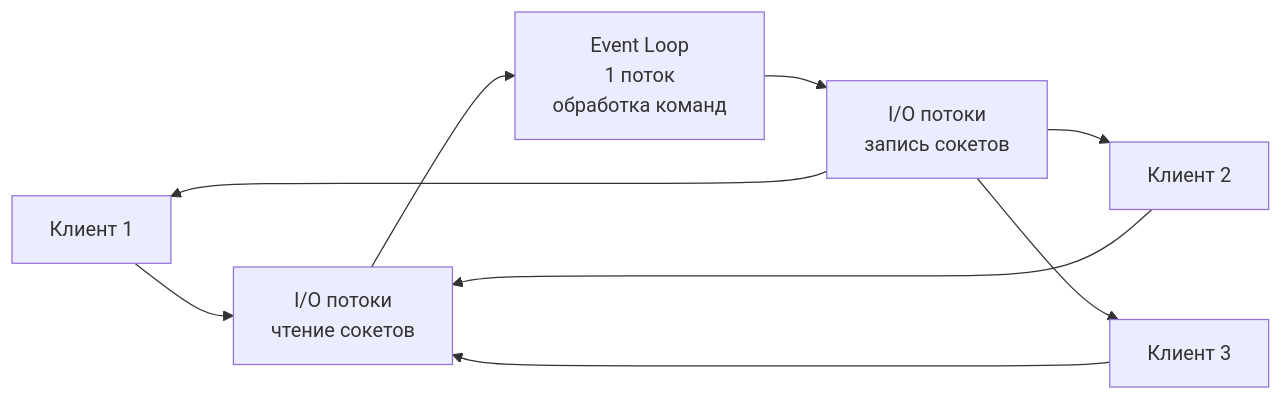
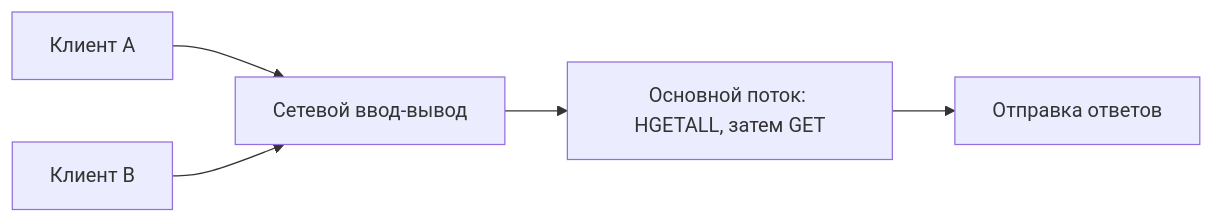
The third of 14 diagrams in cheatsheets/interview/databases/redis-interview.md (akeverus/cheat-sheet), drawn with Mermaid before and after one commit. The commit also changed other lines of this file and 154 other files, not shown here.

````diff
--- a/cheatsheets/interview/databases/redis-interview.md
+++ b/cheatsheets/interview/databases/redis-interview.md
@@ -242,11 +246,7 @@
 ```mermaid
 graph LR
-    C1[Клиент 1] --> IO[I/O потоки<br/>чтение сокетов]
-    C2[Клиент 2] --> IO
-    C3[Клиент 3] --> IO
-    IO --> EL[Event Loop<br/>1 поток<br/>обработка команд]
-    EL --> IO2[I/O потоки<br/>запись сокетов]
-    IO2 --> C1
-    IO2 --> C2
-    IO2 --> C3
+    A[Клиент A] --> IO[Сетевой ввод-вывод]
+    B[Клиент B] --> IO
+    IO --> EL["Основной поток: HGETALL, затем GET"]
+    EL --> OUT[Отправка ответов]
 ```
````
